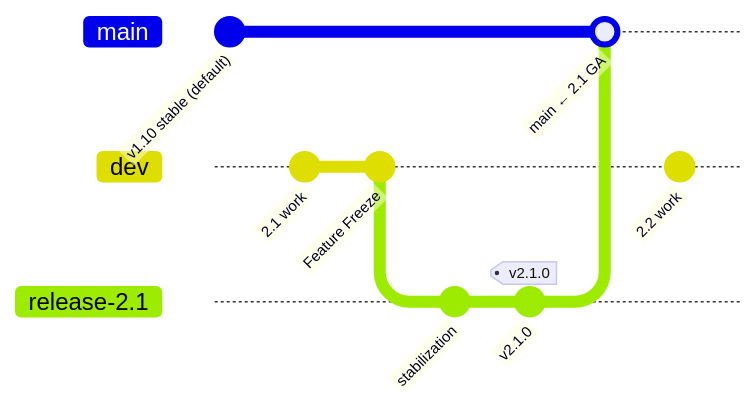
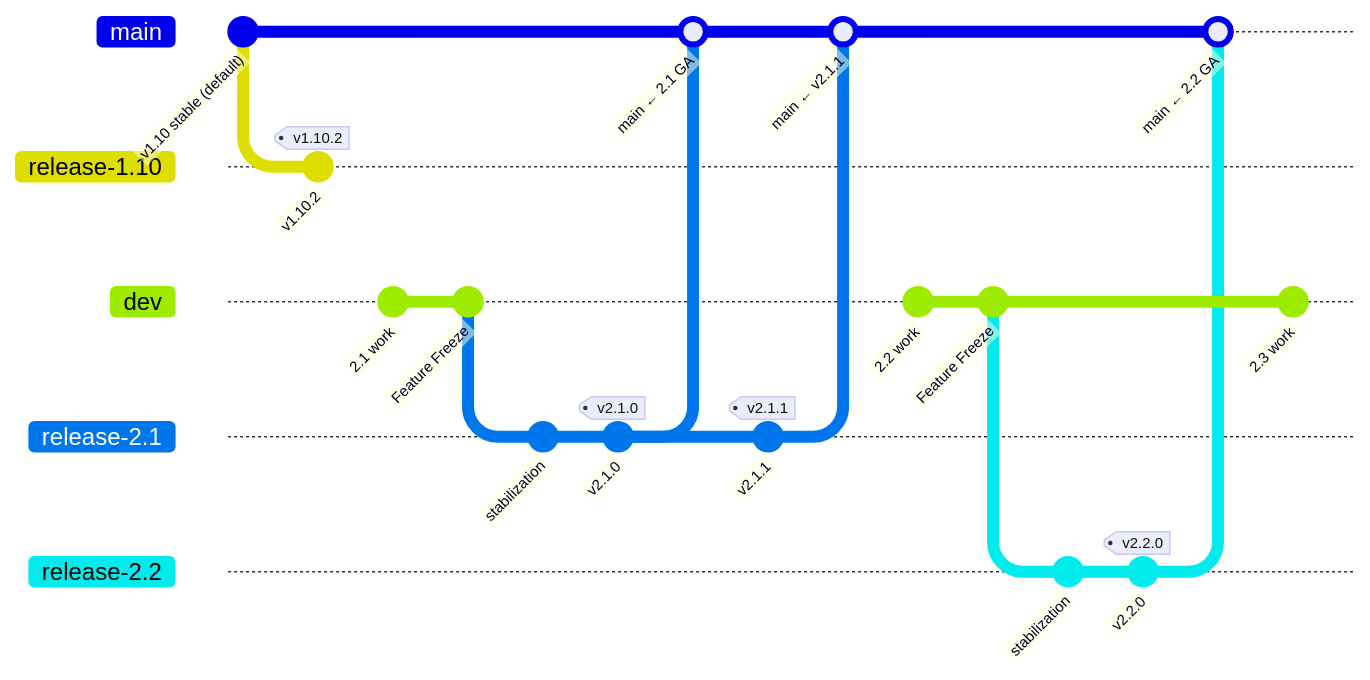
The first of 4 diagrams in decisions/006-rhdh-local-branching-strategy.md (redhat-developer/rhdh-adr), drawn with Mermaid before and after one commit. The commit also changed other lines of this file, not shown here.

First line of the commit message:
Expand Mermaid diagrams with multiple release cycles

````diff
--- a/decisions/006-rhdh-local-branching-strategy.md
+++ b/decisions/006-rhdh-local-branching-strategy.md
@@ -17,16 +17,31 @@
 ```mermaid
 gitGraph
     commit id: "v1.10 stable (default)"
+    branch release-1.10
+    commit id: "v1.10.2" tag: "v1.10.2"
+    checkout main
     branch dev
     commit id: "2.1 work"
     commit id: "2.1 work"
     commit id: "Feature Freeze"
     branch release-2.1
     commit id: "stabilization"
     commit id: "v2.1.0" tag: "v2.1.0"
     checkout main
     merge release-2.1 id: "main ← 2.1 GA"
+    checkout release-2.1
+    commit id: "v2.1.1" tag: "v2.1.1"
+    checkout main
+    merge release-2.1 id: "main ← v2.1.1"
     checkout dev
     commit id: "2.2 work"
     commit id: "2.2 work"
+    commit id: "Feature Freeze "
+    branch release-2.2
+    commit id: "stabilization "
+    commit id: "v2.2.0" tag: "v2.2.0"
+    checkout main
+    merge release-2.2 id: "main ← 2.2 GA"
+    checkout dev
+    commit id: "2.3 work"
 ```
````
